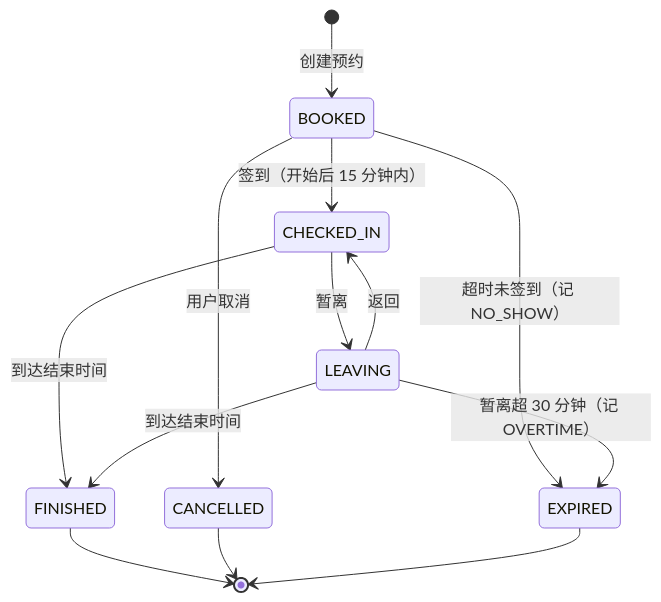
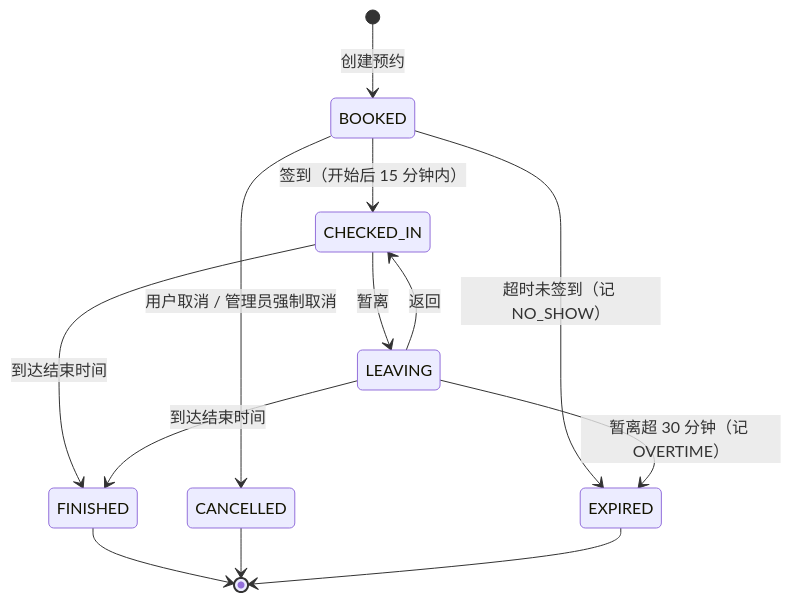
The third of 3 diagrams in README.md (Pastik233/seat-reserve), drawn with Mermaid before and after one commit. The commit also changed other lines of this file and 2 other files, not shown here.

````diff
--- a/README.md
+++ b/README.md
@@ -194,15 +209,15 @@
 ```mermaid
 stateDiagram-v2
     [*] --> BOOKED: 创建预约
     BOOKED --> CHECKED_IN: 签到（开始后 15 分钟内）
-    BOOKED --> CANCELLED: 用户取消
+    BOOKED --> CANCELLED: 用户取消 / 管理员强制取消
     BOOKED --> EXPIRED: 超时未签到（记 NO_SHOW）
     CHECKED_IN --> LEAVING: 暂离
     LEAVING --> CHECKED_IN: 返回
     LEAVING --> EXPIRED: 暂离超 30 分钟（记 OVERTIME）
     CHECKED_IN --> FINISHED: 到达结束时间
     LEAVING --> FINISHED: 到达结束时间
     FINISHED --> [*]
     CANCELLED --> [*]
     EXPIRED --> [*]
 ```
````
